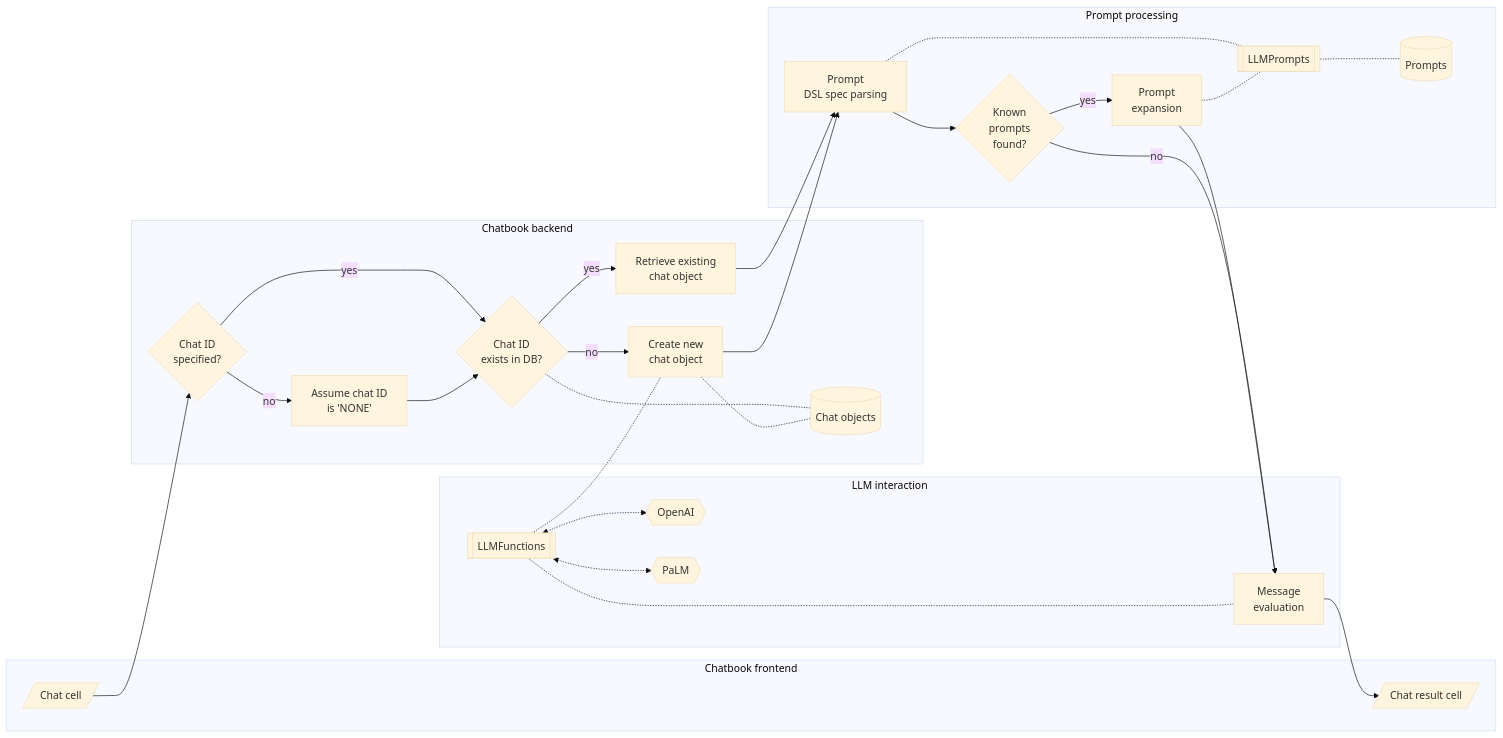
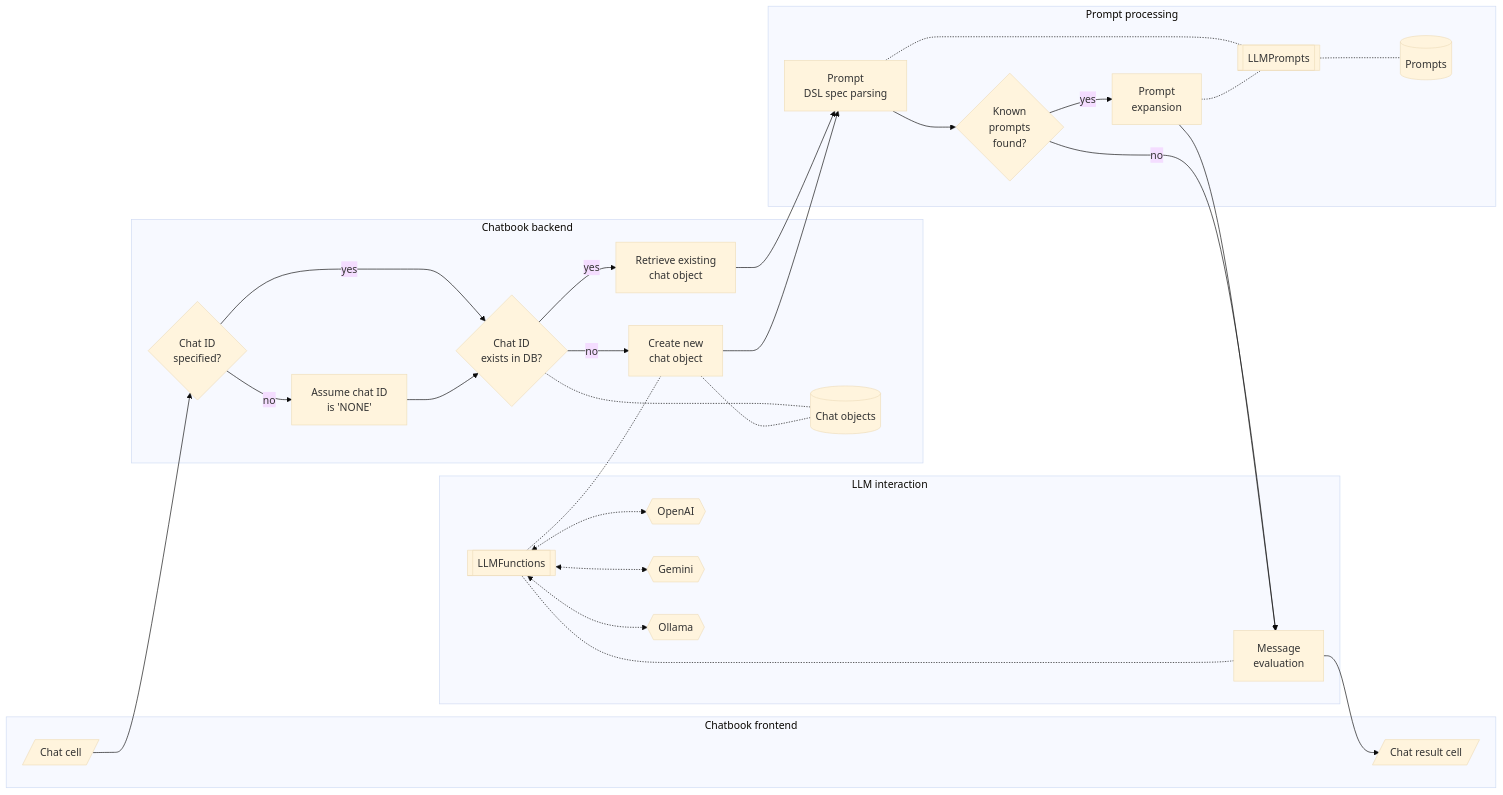
The first of 2 diagrams in README.md (antononcube/Python-JupyterChatbook), drawn with Mermaid (base theme) before and after one commit. The commit also changed other lines of this file, not shown here.

Commit message:
docs:Added Ollama references in the Mermaid diagram.

````diff
--- a/README.md
+++ b/README.md
@@ -140,65 +140,68 @@
 ```mermaid
 flowchart LR
     OpenAI{{OpenAI}}
-    PaLM{{PaLM}}
+    Gemini{{Gemini}}
+    Ollama{{Ollama}}
     LLMFunc[[LLMFunctions]]
     LLMProm[[LLMPrompts]]
     CODB[(Chat objects)]
     PDB[(Prompts)]
     CCell[/Chat cell/]
     CRCell[/Chat result cell/]
     CIDQ{Chat ID<br/>specified?}
     CIDEQ{Chat ID<br/>exists in DB?}
     RECO[Retrieve existing<br/>chat object]
     COEval[Message<br/>evaluation]
     PromParse[Prompt<br/>DSL spec parsing]
     KPFQ{Known<br/>prompts<br/>found?}
     PromExp[Prompt<br/>expansion]
     CNCO[Create new<br/>chat object]
     CIDNone["Assume chat ID<br/>is 'NONE'"] 
     subgraph Chatbook frontend    
         CCell
         CRCell
     end
     subgraph Chatbook backend
         CIDQ
         CIDEQ
         CIDNone
         RECO
         CNCO
         CODB
     end
     subgraph Prompt processing
         PDB
         LLMProm
         PromParse
         KPFQ
         PromExp 
     end
     subgraph LLM interaction
       COEval
       LLMFunc
-      PaLM
       OpenAI
+      Gemini
+      Ollama
     end
     CCell --> CIDQ
     CIDQ --> |yes| CIDEQ
     CIDEQ --> |yes| RECO
     RECO --> PromParse
     COEval --> CRCell
     CIDEQ -.- CODB
     CIDEQ --> |no| CNCO
     LLMFunc -.- CNCO -.- CODB
     CNCO --> PromParse --> KPFQ
     KPFQ --> |yes| PromExp
     KPFQ --> |no| COEval
     PromParse -.- LLMProm 
     PromExp -.- LLMProm
     PromExp --> COEval 
     LLMProm -.- PDB
     CIDQ --> |no| CIDNone
     CIDNone --> CIDEQ
     COEval -.- LLMFunc
     LLMFunc <-.-> OpenAI
-    LLMFunc <-.-> PaLM
+    LLMFunc <-.-> Gemini
+    LLMFunc <-.-> Ollama
 ```
````
